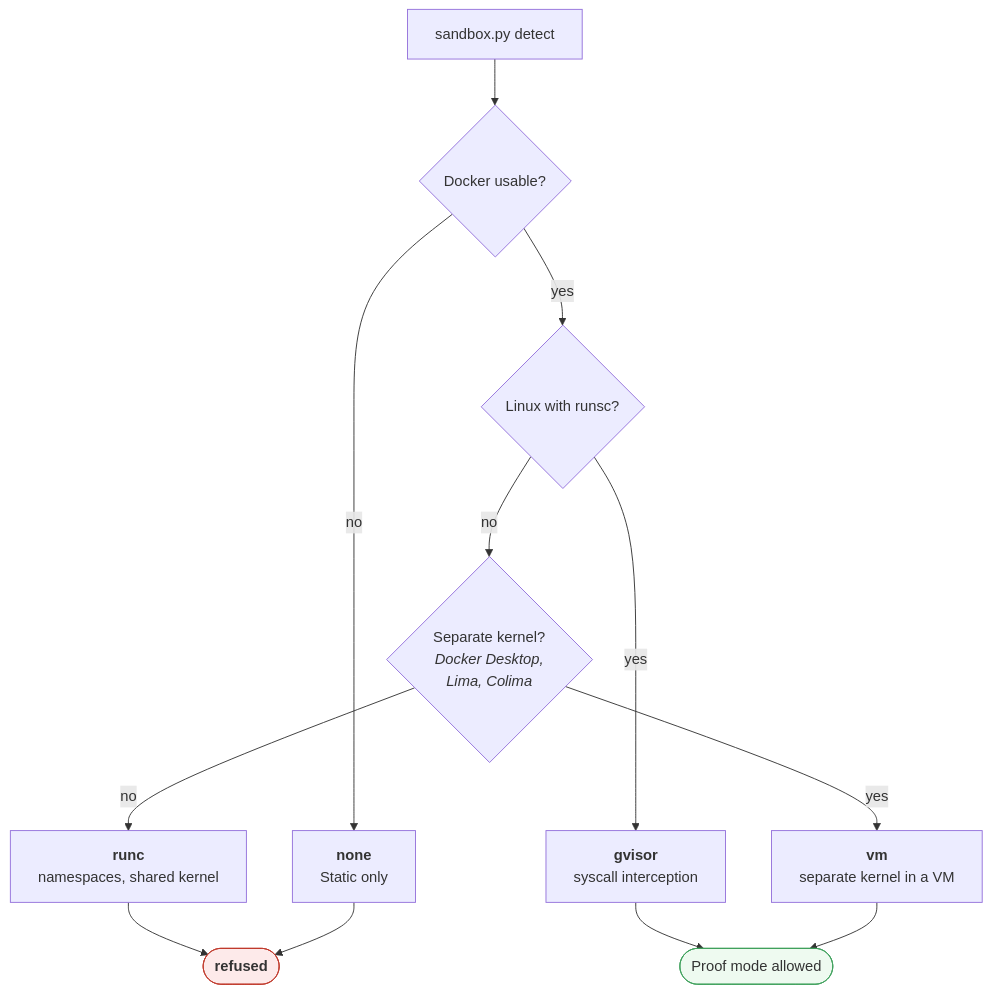
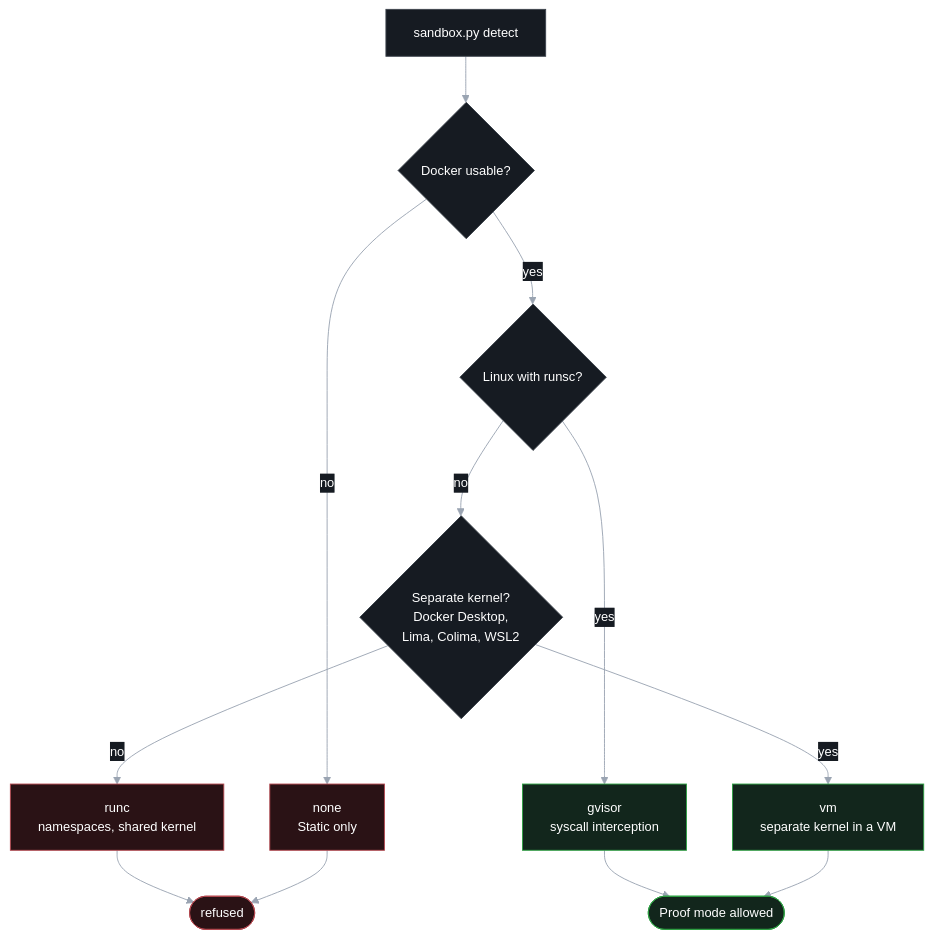
One commit to 0xsharz/pyhunt changed diagram 14 of 16 in docs/ARCHITECTURE.md. Above: the diagram before and after it, drawn with Mermaid. The commit also changed other lines of this file and 1 other file, not shown here.

````diff
--- a/docs/ARCHITECTURE.md
+++ b/docs/ARCHITECTURE.md
@@ -426,18 +485,23 @@
 ```mermaid
+%%{init: {"theme":"base","themeVariables":{"background":"#0d1117","primaryColor":"#161b22","primaryTextColor":"#ffffff","primaryBorderColor":"#3d444d","lineColor":"#9aa4b2","secondaryColor":"#1c2128","tertiaryColor":"#21262d","mainBkg":"#161b22","textColor":"#ffffff","nodeTextColor":"#ffffff","edgeLabelBackground":"#161b22","fontSize":"14px"}}}%%
 flowchart TD
     D["sandbox.py detect"] --> Q1{"Docker usable?"}
-    Q1 -->|no| T0["<b>none</b><br/>Static only"]
+    Q1 -->|no| T0["none<br/>Static only"]
     Q1 -->|yes| Q2{"Linux with runsc?"}
-    Q2 -->|yes| TG["<b>gvisor</b><br/>syscall interception"]
-    Q2 -->|no| Q3{"Separate kernel?<br/><i>Docker Desktop,<br/>Lima, Colima</i>"}
-    Q3 -->|yes| TV["<b>vm</b><br/>separate kernel in a VM"]
-    Q3 -->|no| TR["<b>runc</b><br/>namespaces, shared kernel"]
+    Q2 -->|yes| TG["gvisor<br/>syscall interception"]
+    Q2 -->|no| Q3{"Separate kernel?<br/>Docker Desktop,<br/>Lima, Colima, WSL2"}
+    Q3 -->|yes| TV["vm<br/>separate kernel in a VM"]
+    Q3 -->|no| TR["runc<br/>namespaces, shared kernel"]
 
     TG --> ALLOW(["Proof mode allowed"])
     TV --> ALLOW
-    TR --> REFUSE(["<b>refused</b>"])
+    TR --> REFUSE(["refused"])
     T0 --> REFUSE
 
-    style ALLOW fill:#eefaf0,stroke:#3fa15c
-    style REFUSE fill:#fdeaea,stroke:#c0392b
+    classDef base fill:#161b22,stroke:#3d444d,color:#ffffff
+    classDef good fill:#12261c,stroke:#2ea043,color:#ffffff
+    classDef bad fill:#2a1215,stroke:#b3474f,color:#ffffff
+    class D,Q1,Q2,Q3 base
+    class TG,TV,ALLOW good
+    class TR,T0,REFUSE bad
 ```
````
